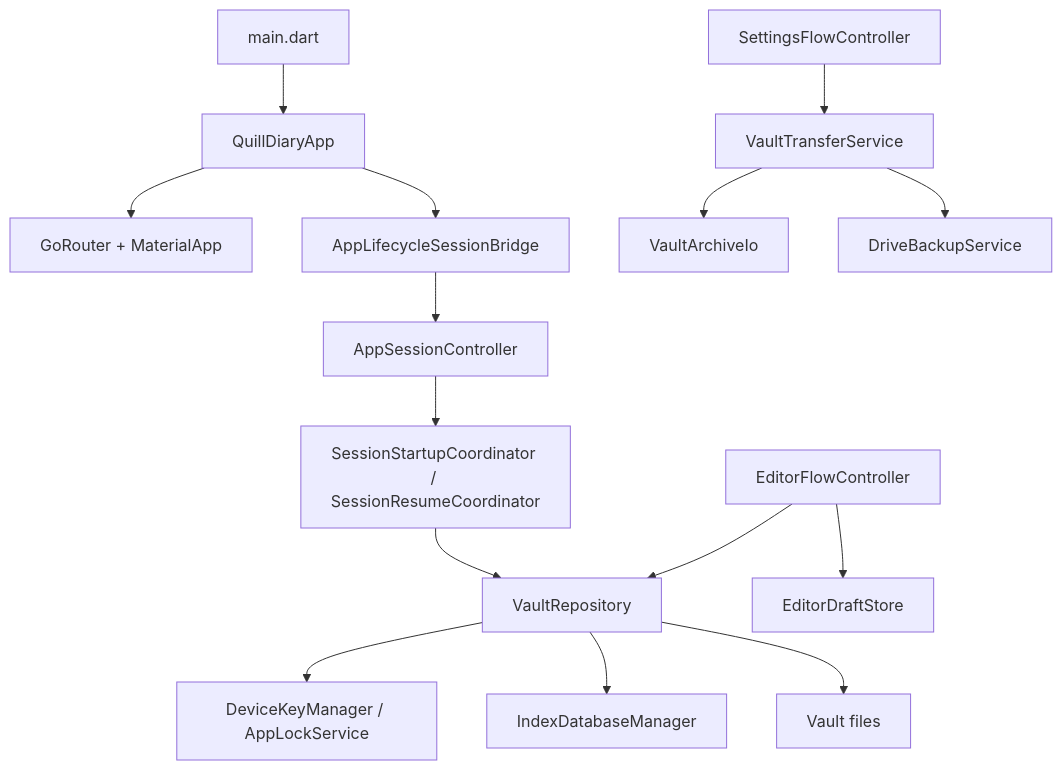
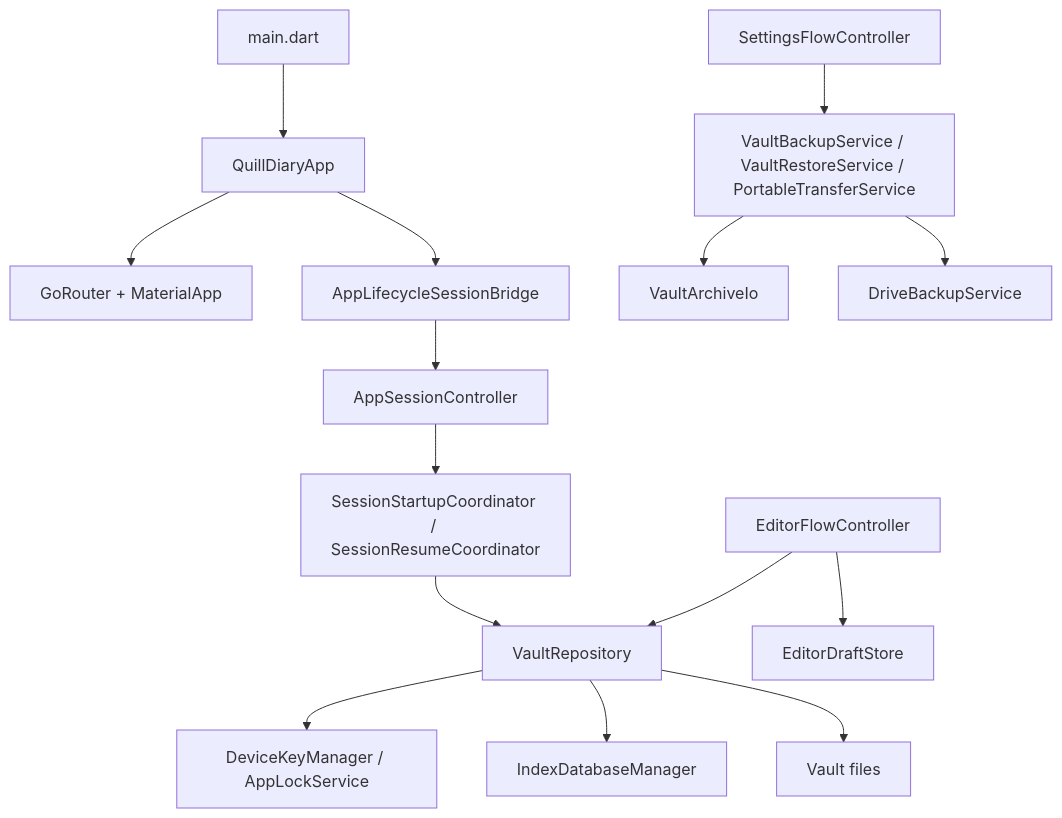
One commit to zack20136/quill-diary changed the diagram in docs/開發/架構/系統架構.md. Above: the diagram before and after it, drawn with Mermaid. The commit also changed other lines of this file and 12 other files, not shown here.

````diff
--- a/docs/開發/架構/系統架構.md
+++ b/docs/開發/架構/系統架構.md
@@ -300,17 +305,17 @@
 ```mermaid
 flowchart TD
   A["main.dart"] --> B["QuillDiaryApp"]
   B --> C["GoRouter + MaterialApp"]
   B --> D["AppLifecycleSessionBridge"]
   D --> E["AppSessionController"]
   E --> F["SessionStartupCoordinator / SessionResumeCoordinator"]
   F --> G["VaultRepository"]
   G --> H["DeviceKeyManager / AppLockService"]
   G --> I["IndexDatabaseManager"]
   G --> J["Vault files"]
-  K["SettingsFlowController"] --> L["VaultTransferService"]
+  K["SettingsFlowController"] --> L["VaultBackupService / VaultRestoreService / PortableTransferService"]
   L --> M["VaultArchiveIo"]
   L --> N["DriveBackupService"]
   O["EditorFlowController"] --> P["EditorDraftStore"]
   O --> G
 ```
````
